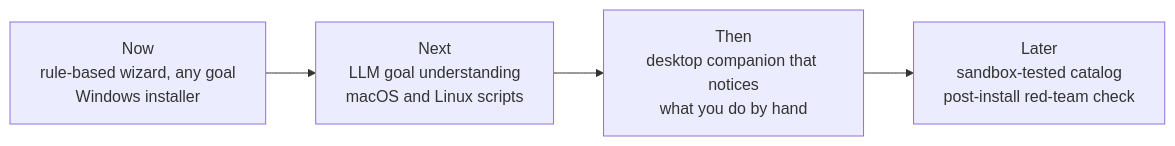
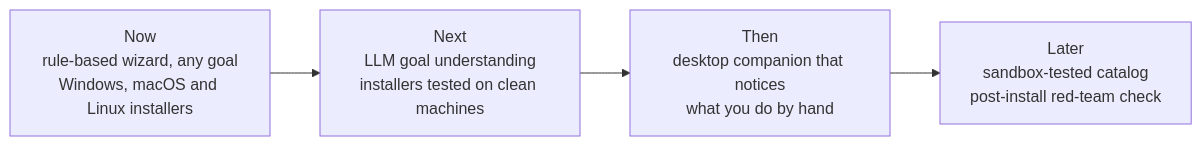
One commit to Arnav-dll/AgentReady changed the fifth of 5 diagrams in README.md. Above: the diagram before and after it, drawn with Mermaid. The commit also changed other lines of this file and 3 other files, not shown here.

First line of the commit message:
Add GPU and Models steps, a macOS/Linux installer, Antigravity CLI and a winget repair

````diff
--- a/README.md
+++ b/README.md
@@ -231,6 +248,6 @@
 ```mermaid
 flowchart LR
-    N["Now<br/>rule-based wizard, any goal<br/>Windows installer"] --> A["Next<br/>LLM goal understanding<br/>macOS and Linux scripts"]
+    N["Now<br/>rule-based wizard, any goal<br/>Windows, macOS and Linux installers"] --> A["Next<br/>LLM goal understanding<br/>installers tested on clean machines"]
     A --> B["Then<br/>desktop companion that notices<br/>what you do by hand"]
     B --> C["Later<br/>sandbox-tested catalog<br/>post-install red-team check"]
 ```
````
